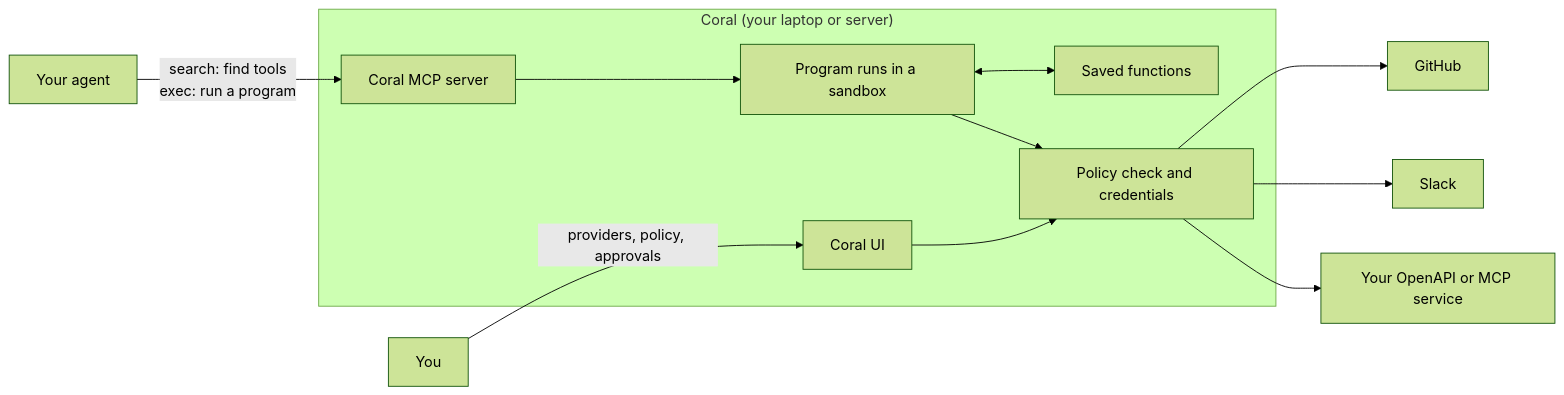
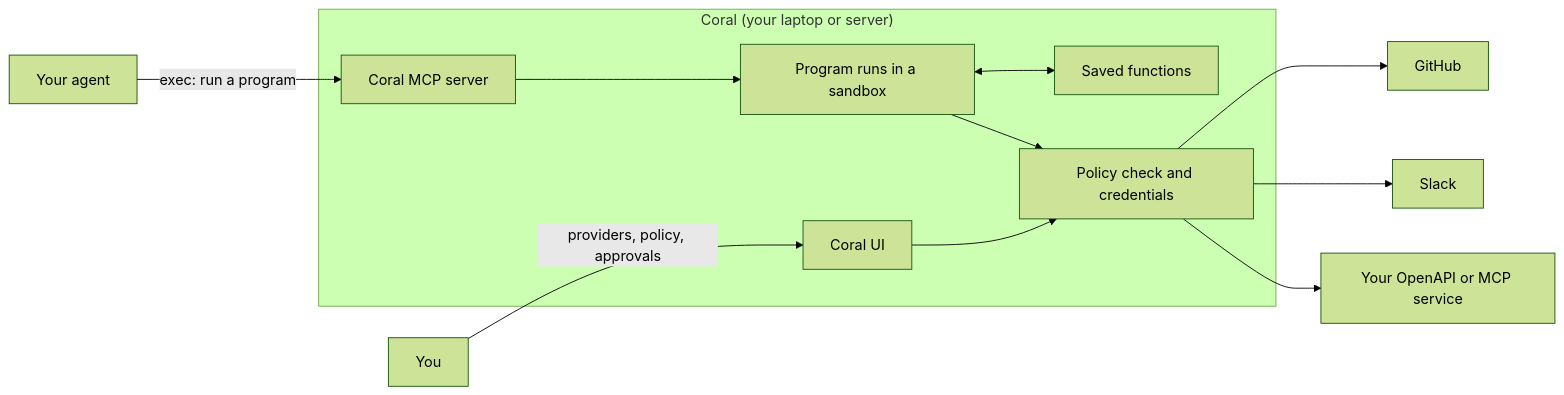
The diagram in README.md (withcoral/coral), drawn with Mermaid (forest theme) before and after one commit. The commit also changed other lines of this file, not shown here.

Commit message:
docs: describe tool search as a call inside a program

````diff
--- a/README.md
+++ b/README.md
@@ -120,16 +120,16 @@
 ```mermaid
 graph LR
-    Agent["Your agent"] -->|"search: find tools<br/>exec: run a program"| MCP["Coral MCP server"]
+    Agent["Your agent"] -->|"exec: run a program"| MCP["Coral MCP server"]
     You["You"] -->|"providers, policy, approvals"| UI["Coral UI"]
 
     subgraph Coral["Coral (your laptop or server)"]
         MCP --> Run["Program runs in a sandbox"]
         Run <--> FN["Saved functions"]
         UI --> Gate["Policy check and credentials"]
         Run --> Gate
     end
 
     Gate --> GH["GitHub"]
     Gate --> SL["Slack"]
     Gate --> Own["Your OpenAPI or MCP service"]
 ```
````
